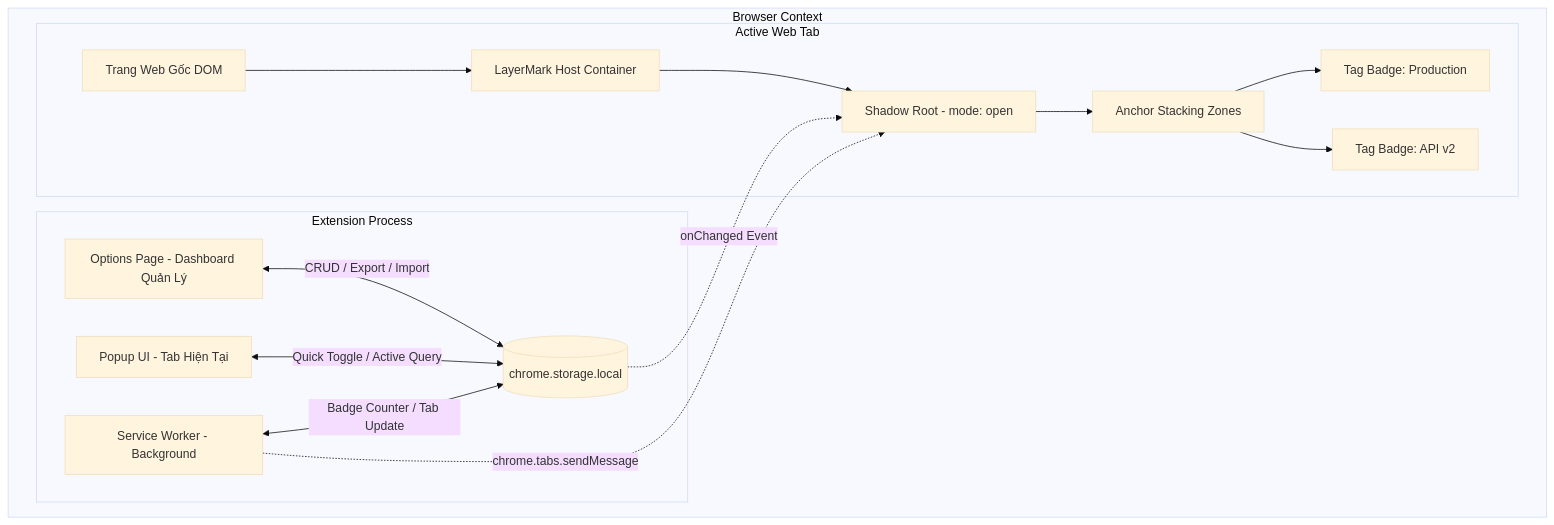
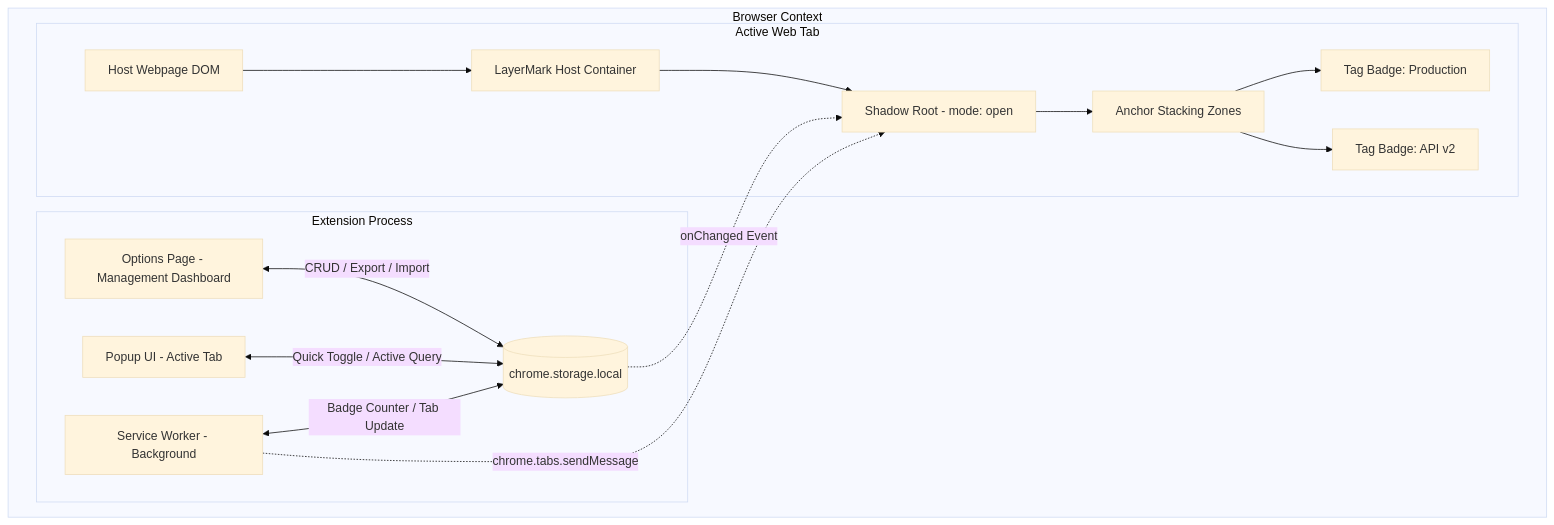
One commit to thanhba0505/LayerMark changed the diagram in docs/ARCHITECTURE.md. Above: the diagram before and after it, drawn with Mermaid (base theme). The commit also changed other lines of this file and 10 other files, not shown here.

Commit message:
docs: translate AGENTS.md, skills, architecture, specs, and roadmap to English

````diff
--- a/docs/ARCHITECTURE.md
+++ b/docs/ARCHITECTURE.md
@@ -9,32 +9,32 @@
 ```mermaid
 flowchart TD
     subgraph Browser Context
         subgraph Active Web Tab
-            DOM[Trang Web Gốc DOM]
+            DOM[Host Webpage DOM]
             Host[LayerMark Host Container]
             ShadowRoot[Shadow Root - mode: open]
             AnchorZones[Anchor Stacking Zones]
             Badge1[Tag Badge: Production]
             Badge2[Tag Badge: API v2]
 
             DOM --> Host
             Host --> ShadowRoot
             ShadowRoot --> AnchorZones
             AnchorZones --> Badge1
             AnchorZones --> Badge2
         end
 
         subgraph Extension Process
             SW[Service Worker - Background]
-            Popup[Popup UI - Tab Hiện Tại]
-            Options[Options Page - Dashboard Quản Lý]
+            Popup[Popup UI - Active Tab]
+            Options[Options Page - Management Dashboard]
             Storage[(chrome.storage.local)]
         end
     end
 
     Options <-->|CRUD / Export / Import| Storage
     Popup <-->|Quick Toggle / Active Query| Storage
     SW <-->|Badge Counter / Tab Update| Storage
     Storage -.->|onChanged Event| ShadowRoot
     SW -.->|chrome.tabs.sendMessage| ShadowRoot
 ```
````
